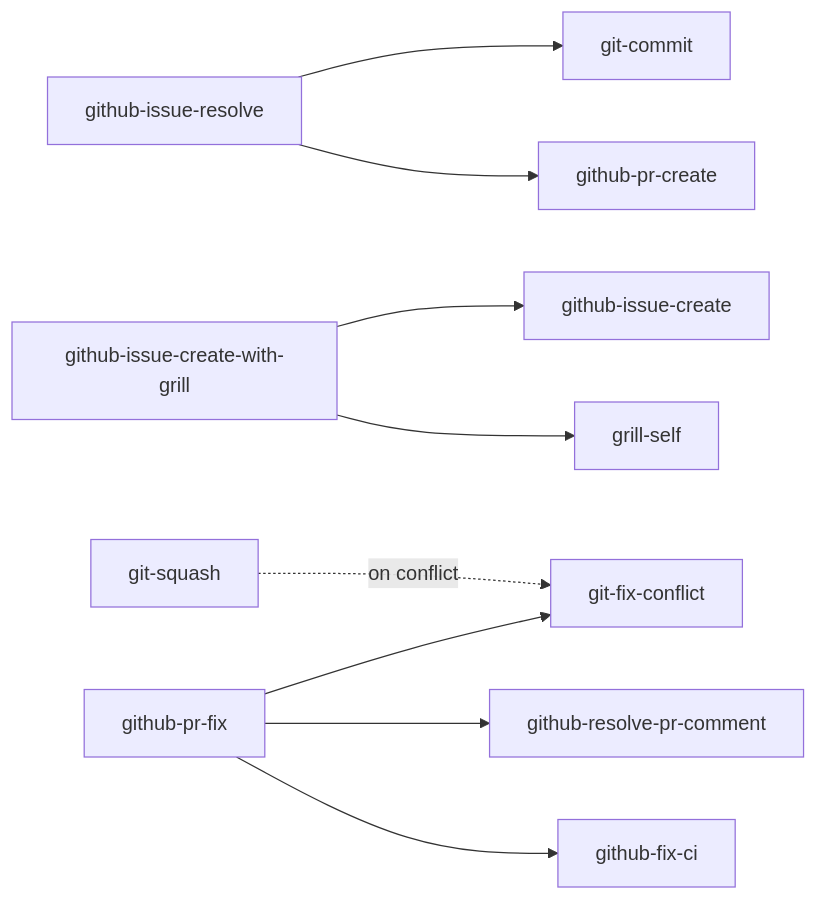
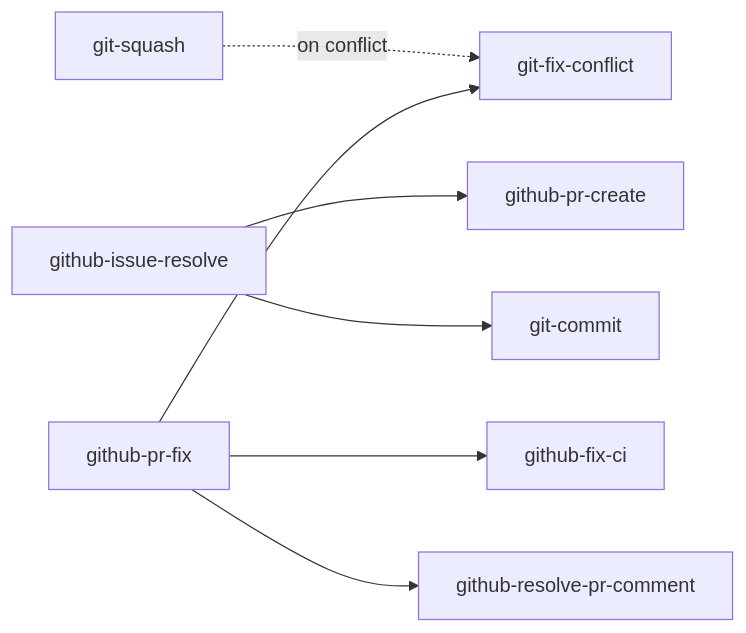
Before and after one commit to mjun0812/dotfiles: the diagram in doc/skills.md, drawn with Mermaid. The commit also changed other lines of this file and 2 other files, not shown here.

First line of the commit message:
feat(skills): github-issue-create-with-grillを削除

````diff
--- a/doc/skills.md
+++ b/doc/skills.md
@@ -99,15 +98,13 @@
 ```mermaid
 graph LR
     git-squash -. on conflict .-> git-fix-conflict
 
     github-issue-resolve --> github-pr-create
     github-issue-resolve --> git-commit
 
 
-    github-issue-create-with-grill --> grill-self
-    github-issue-create-with-grill --> github-issue-create
 
     github-pr-fix --> git-fix-conflict
     github-pr-fix --> github-fix-ci
     github-pr-fix --> github-resolve-pr-comment
 ```
````
